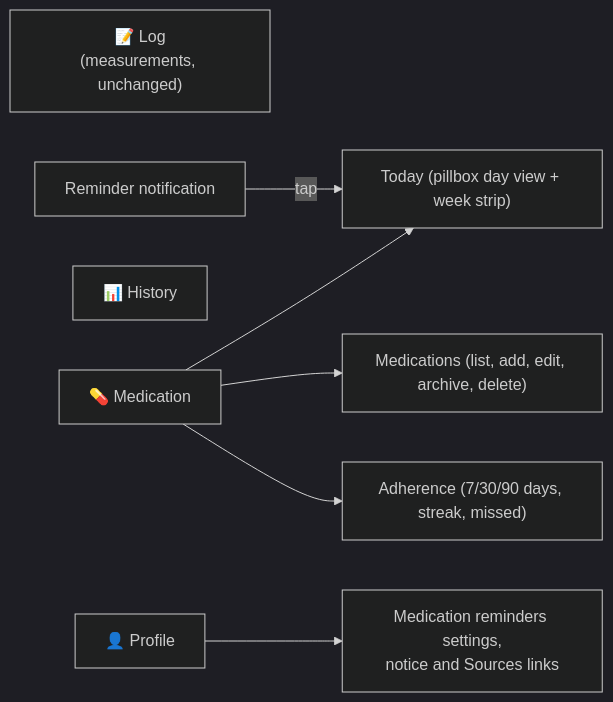
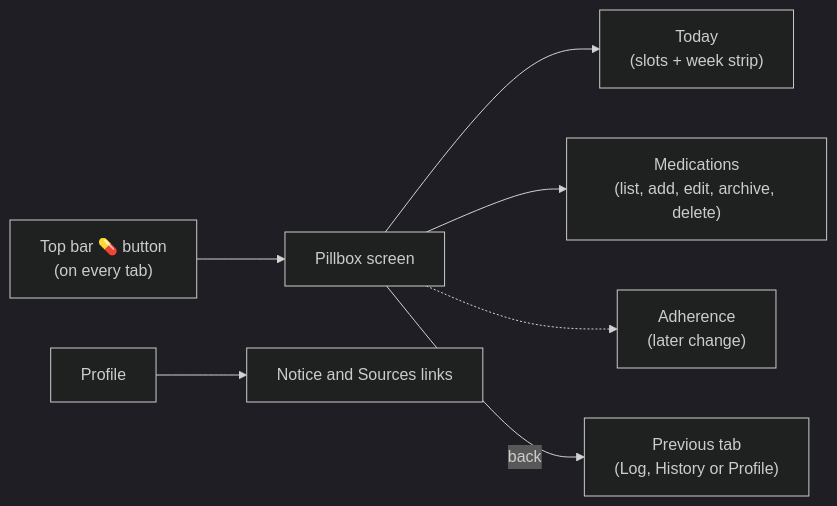
One commit to mannetje/health_journal changed the second of 2 diagrams in openspec/changes/add-medication-management/design.md. Above: the diagram before and after it, drawn with Mermaid (dark theme). The commit also changed other lines of this file and 28 other files, not shown here.

Commit message:
docs: split medication proposal into four OpenSpec changes (management, reminders, adherence, encryption and lock); update roadmap and docs

````diff
--- a/openspec/changes/add-medication-management/design.md
+++ b/openspec/changes/add-medication-management/design.md
@@ -259,12 +200,9 @@
 ```mermaid
 flowchart LR
-    LOG["📝 Log<br/>(measurements, unchanged)"]
-    MED["💊 Medication"]
-    HIS["📊 History"]
-    PRO["👤 Profile"]
-    MED --> TODAY["Today (pillbox day view + week strip)"]
-    MED --> LIST["Medications (list, add, edit, archive, delete)"]
-    MED --> ADH["Adherence (7/30/90 days, streak, missed)"]
-    PRO --> SET["Medication reminders settings,<br/>notice and Sources links"]
-    NOTIF["Reminder notification"] -->|tap| TODAY
+    TOP["Top bar 💊 button<br/>(on every tab)"] --> PB["Pillbox screen"]
+    PB --> TODAY["Today<br/>(slots + week strip)"]
+    PB --> LIST["Medications<br/>(list, add, edit, archive, delete)"]
+    PB -.-> ADH["Adherence<br/>(later change)"]
+    PB -->|back| TABS["Previous tab<br/>(Log, History or Profile)"]
+    PRO["Profile"] --> SET["Notice and Sources links"]
 ```
````
